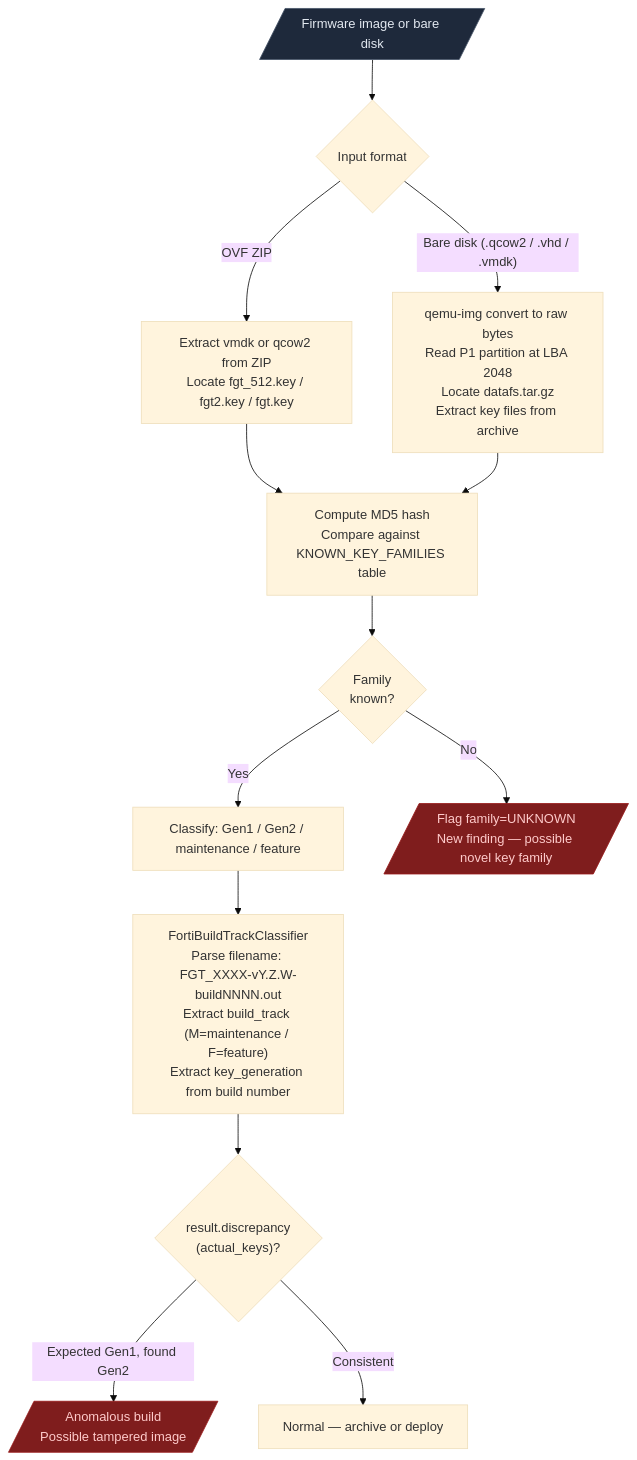
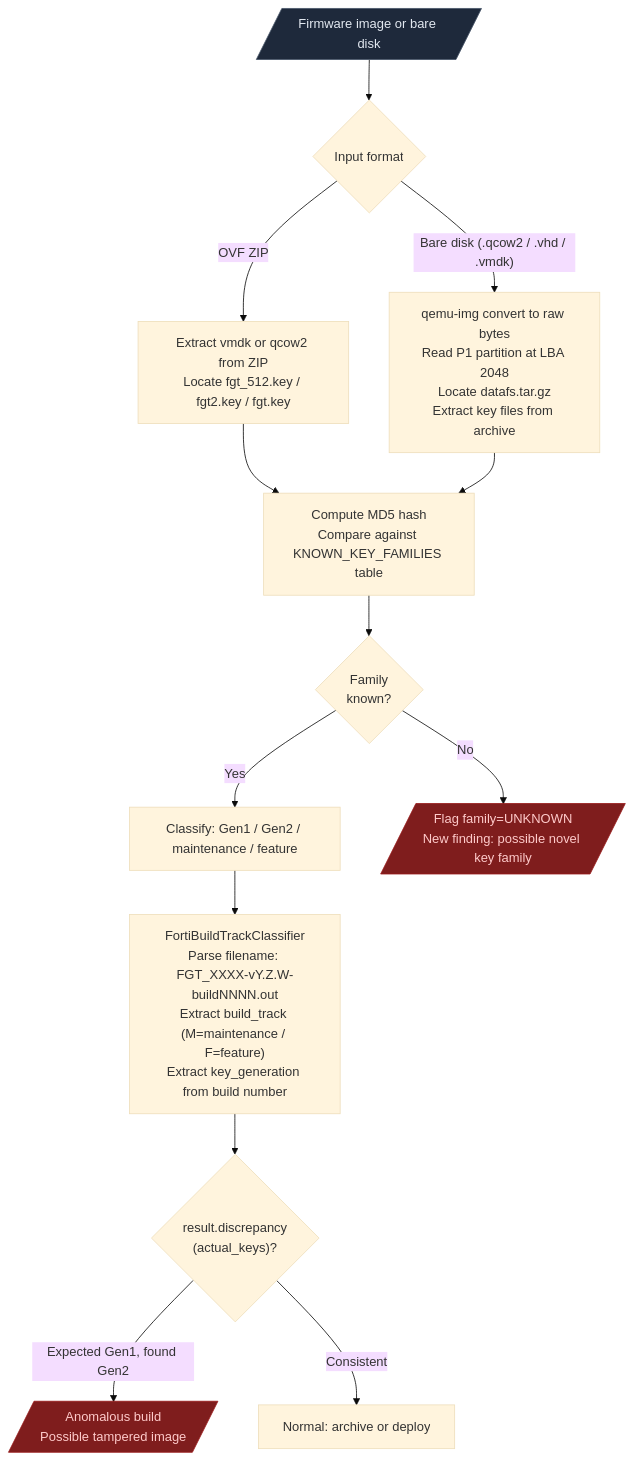
Before and after one commit to Ablation-Tool/ablation: the second of 3 diagrams in docs/module-reference/firmware-analysis.md, drawn with Mermaid (base theme). The commit also changed other lines of this file and 53 other files, not shown here.

````diff
--- a/docs/module-reference/firmware-analysis.md
+++ b/docs/module-reference/firmware-analysis.md
@@ -73,23 +73,23 @@
 ```mermaid
 flowchart TD
     A[/"Firmware image or bare disk"/] --> B{"Input format"}
     B -->|"OVF ZIP"| C["Extract vmdk or qcow2 from ZIP\nLocate fgt_512.key / fgt2.key / fgt.key"]
     B -->|"Bare disk (.qcow2 / .vhd / .vmdk)"| D["qemu-img convert to raw bytes\nRead P1 partition at LBA 2048\nLocate datafs.tar.gz\nExtract key files from archive"]
 
     C --> E["Compute MD5 hash\nCompare against KNOWN_KEY_FAMILIES table"]
     D --> E
 
     E --> F{"Family\nknown?"}
     F -->|Yes| G["Classify: Gen1 / Gen2 / maintenance / feature"]
-    F -->|No| H[/"Flag family=UNKNOWN\nNew finding — possible novel key family"/]
+    F -->|No| H[/"Flag family=UNKNOWN\nNew finding: possible novel key family"/]
 
     G --> I["FortiBuildTrackClassifier\nParse filename: FGT_XXXX-vY.Z.W-buildNNNN.out\nExtract build_track (M=maintenance / F=feature)\nExtract key_generation from build number"]
 
     I --> J{"result.discrepancy\n(actual_keys)?"}
     J -->|"Expected Gen1, found Gen2"| K[/"Anomalous build\nPossible tampered image"/]
-    J -->|Consistent| L["Normal — archive or deploy"]
+    J -->|Consistent| L["Normal: archive or deploy"]
 
     style A fill:#1e293b,stroke:#475569,color:#e2e8f0
     style H fill:#7f1d1d,stroke:#991b1b,color:#fecaca
     style K fill:#7f1d1d,stroke:#991b1b,color:#fecaca
 ```
````
